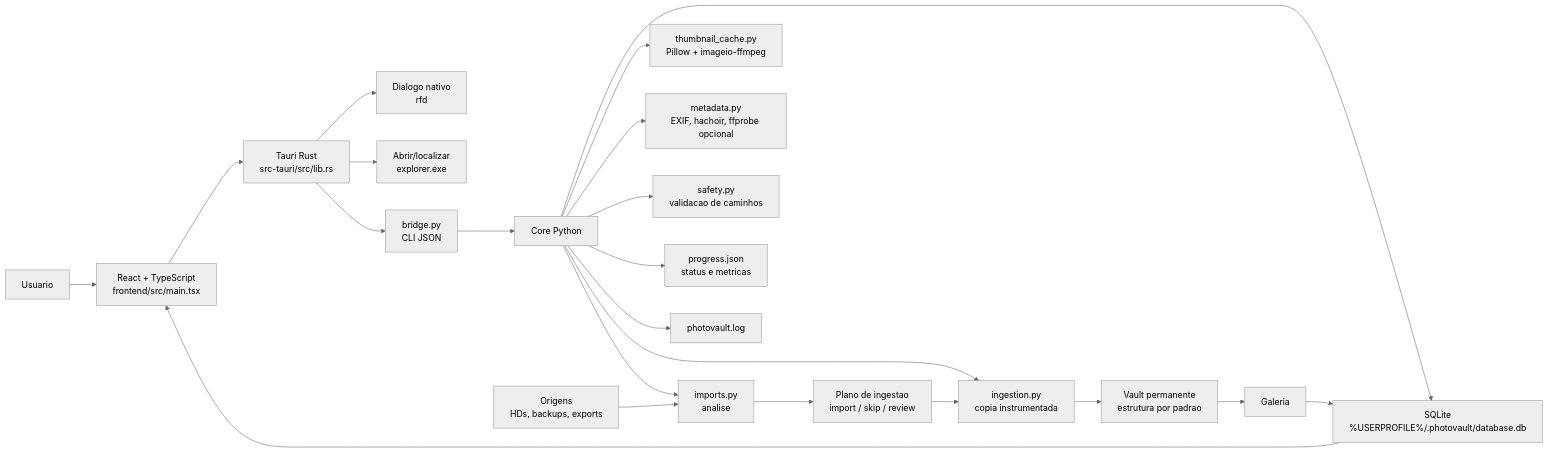
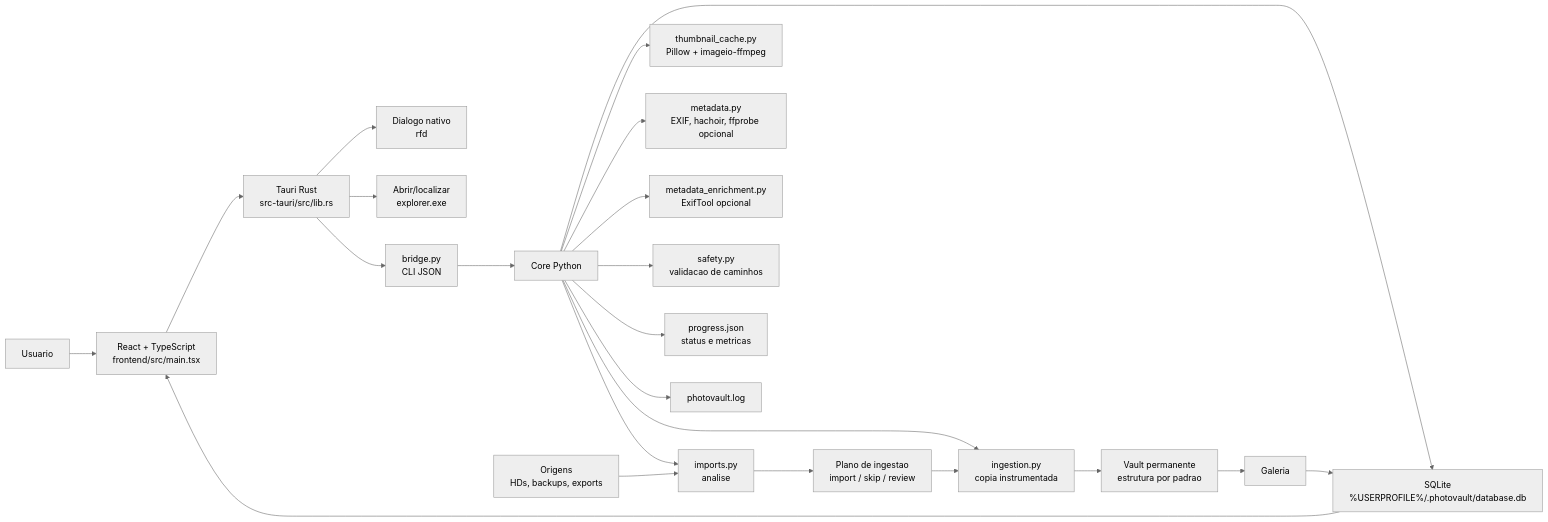
One commit to caiosegovia/PhotoVault changed the first of 2 diagrams in README.md. Above: the diagram before and after it, drawn with Mermaid (neutral theme). The commit also changed other lines of this file and 43 other files, not shown here.

````diff
--- a/README.md
+++ b/README.md
@@ -52,28 +53,29 @@
 ```mermaid
 flowchart LR
     User["Usuario"] --> UI["React + TypeScript<br/>frontend/src/main.tsx"]
 
     UI --> Native["Tauri Rust<br/>src-tauri/src/lib.rs"]
     Native --> Dialog["Dialogo nativo<br/>rfd"]
     Native --> Explorer["Abrir/localizar<br/>explorer.exe"]
     Native --> Bridge["bridge.py<br/>CLI JSON"]
 
     Bridge --> Core["Core Python"]
     Core --> Imports["imports.py<br/>analise"]
     Core --> Ingestion["ingestion.py<br/>copia instrumentada"]
     Core --> Thumb["thumbnail_cache.py<br/>Pillow + imageio-ffmpeg"]
     Core --> Metadata["metadata.py<br/>EXIF, hachoir, ffprobe opcional"]
+    Core --> ExifTool["metadata_enrichment.py<br/>ExifTool opcional"]
     Core --> Safety["safety.py<br/>validacao de caminhos"]
 
     Core --> DB["SQLite<br/>%USERPROFILE%/.photovault/database.db"]
     Core --> Progress["progress.json<br/>status e metricas"]
     Core --> Logs["photovault.log"]
 
     Sources["Origens<br/>HDs, backups, exports"] --> Imports
     Imports --> Plan["Plano de ingestao<br/>import / skip / review"]
     Plan --> Ingestion
     Ingestion --> Vault["Vault permanente<br/>estrutura por padrao"]
     Vault --> Gallery["Galeria"]
     Gallery --> DB
     DB --> UI
 ```
````
